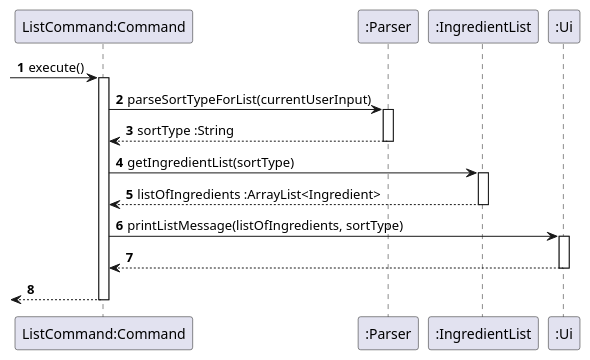
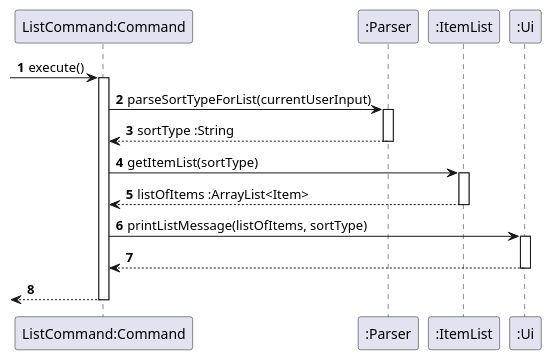
The diagram in docs/umlDiagrams/ListSequence.puml (uosjapuelks/tp), drawn with PlantUML before and after one commit. The commit also changed 40 other files, not shown here.

Commit message:
Standardized to use Item instead of Ingredient.

```diff
--- a/docs/umlDiagrams/ListSequence.puml
+++ b/docs/umlDiagrams/ListSequence.puml
@@ -1,25 +1,25 @@
 @startuml
 'https://plantuml.com/class-diagram
 
 autonumber
 
 -> "ListCommand:Command": execute()
 activate "ListCommand:Command"
 
 "ListCommand:Command" -> ":Parser": parseSortTypeForList(currentUserInput)
 activate ":Parser"
 "ListCommand:Command" <-- ":Parser": sortType :String
 deactivate ":Parser"
-"ListCommand:Command" -> ":IngredientList": getIngredientList(sortType)
-activate ":IngredientList"
-"ListCommand:Command" <--":IngredientList": listOfIngredients :ArrayList<Ingredient>
-deactivate ":IngredientList"
-"ListCommand:Command" -> ":Ui": printListMessage(listOfIngredients, sortType)
+"ListCommand:Command" -> ":ItemList": getItemList(sortType)
+activate ":ItemList"
+"ListCommand:Command" <--":ItemList": listOfItems :ArrayList<Item>
+deactivate ":ItemList"
+"ListCommand:Command" -> ":Ui": printListMessage(listOfItems, sortType)
 activate ":Ui"
 "ListCommand:Command" <-- ":Ui"
 deactivate ":Ui"
 
 <-- "ListCommand:Command"
 deactivate "ListCommand:Command"
 
 @enduml
```
